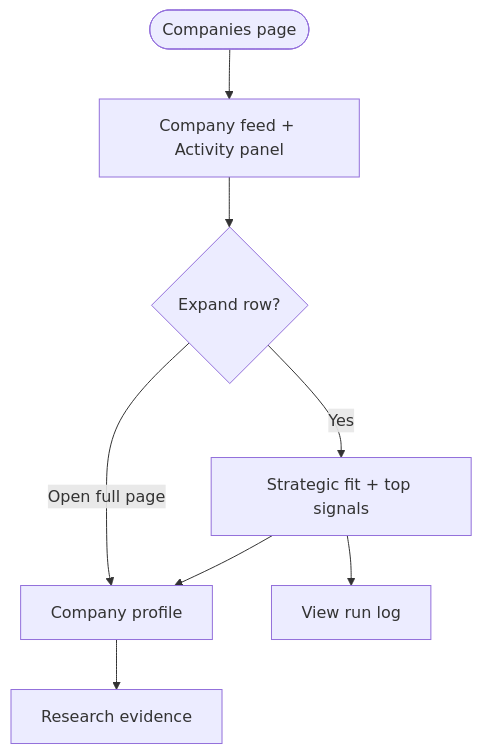
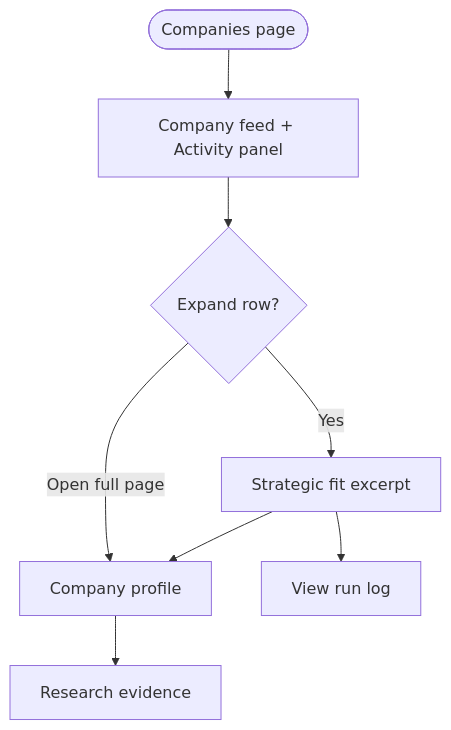
One commit to Growth-Maschine/NORAD-INTEL-ENGINE-V1 changed the third of 5 diagrams in docs/phase-1/P1-01-user.md. Above: the diagram before and after it, drawn with Mermaid. The commit also changed other lines of this file and 14 other files, not shown here.

````diff
--- a/docs/phase-1/P1-01-user.md
+++ b/docs/phase-1/P1-01-user.md
@@ -327,10 +325,10 @@
 ```mermaid
 flowchart TD
     START([Companies page]) --> FEED[Company feed + Activity panel]
     FEED --> EXPAND{Expand row?}
-    EXPAND -->|Yes| EXCERPT[Strategic fit + top signals]
+    EXPAND -->|Yes| EXCERPT[Strategic fit excerpt]
     EXPAND -->|Open full page| PROFILE[Company profile]
     EXCERPT --> RUNLOG[View run log]
     EXCERPT --> PROFILE
     PROFILE --> EVIDENCE[Research evidence]
 ```
````
